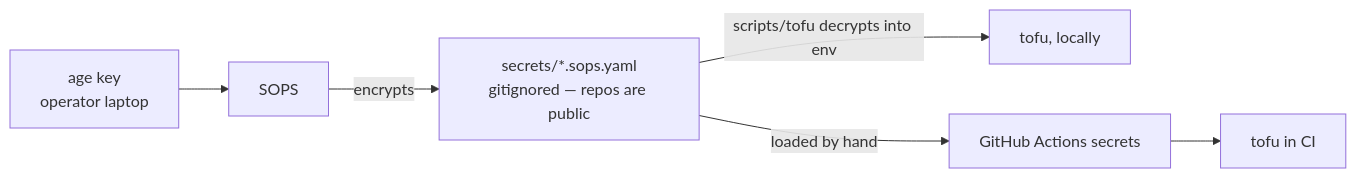
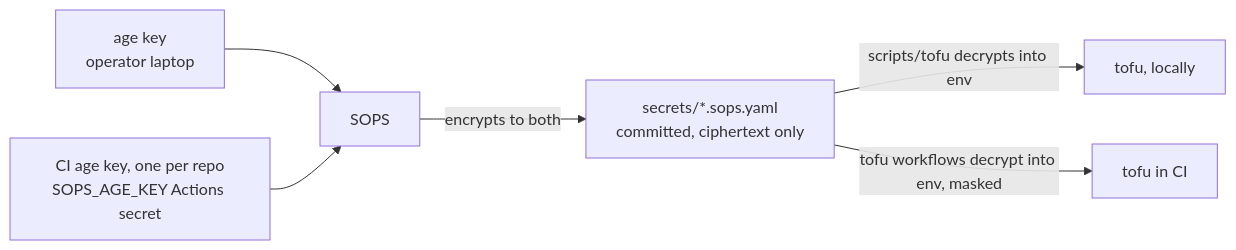
One commit to 0xc0-homelab/infrastructure changed the sixth of 6 diagrams in docs/architecture.md. Above: the diagram before and after it, drawn with Mermaid. The commit also changed other lines of this file and 7 other files, not shown here.

First line of the commit message:
feat(ci): decrypt secrets with sops instead of copying them into actions (#21)

````diff
--- a/docs/architecture.md
+++ b/docs/architecture.md
@@ -179,8 +179,8 @@
 ```mermaid
 flowchart LR
   key["age key<br/>operator laptop"] --> sops["SOPS"]
-  sops -- "encrypts" --> file["secrets/*.sops.yaml<br/>gitignored — repos are public"]
+  cikey["CI age key, one per repo<br/>SOPS_AGE_KEY Actions secret"] --> sops
+  sops -- "encrypts to both" --> file["secrets/*.sops.yaml<br/>committed, ciphertext only"]
   file -- "scripts/tofu decrypts into env" --> tofu["tofu, locally"]
-  file -- "loaded by hand" --> gh["GitHub Actions secrets"]
-  gh --> ci["tofu in CI"]
+  file -- "tofu workflows decrypt into env, masked" --> ci["tofu in CI"]
 ```
````
